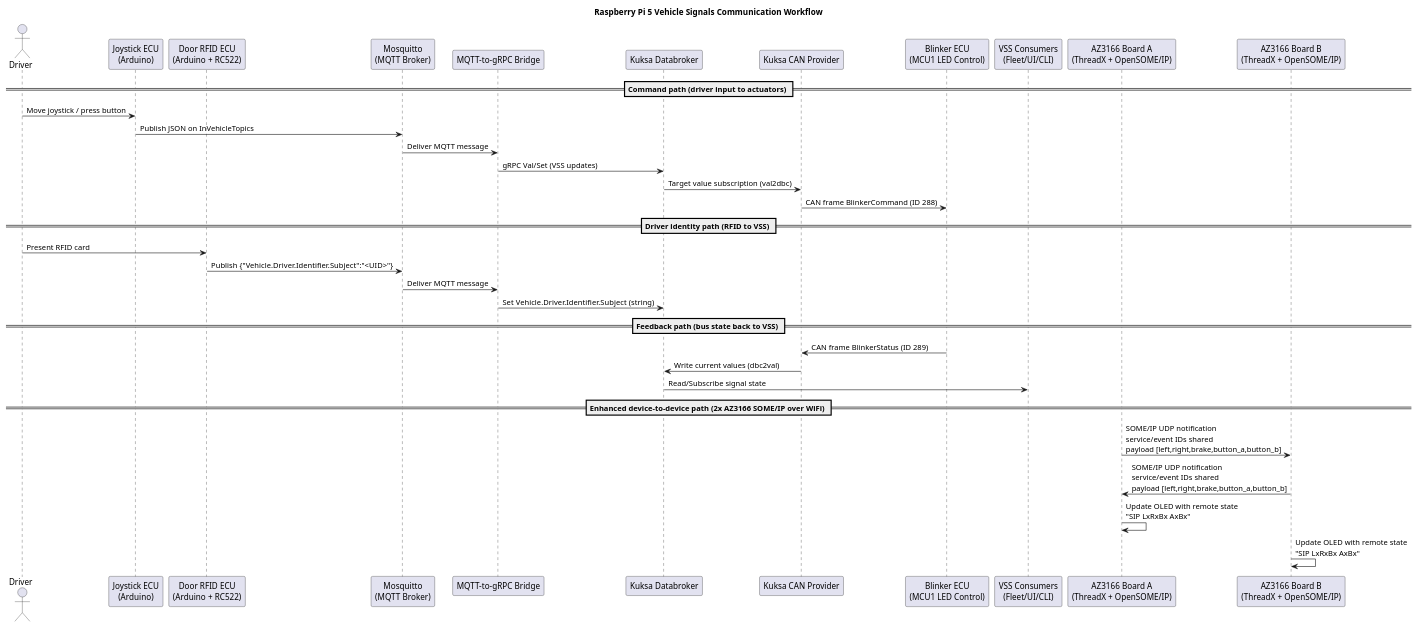
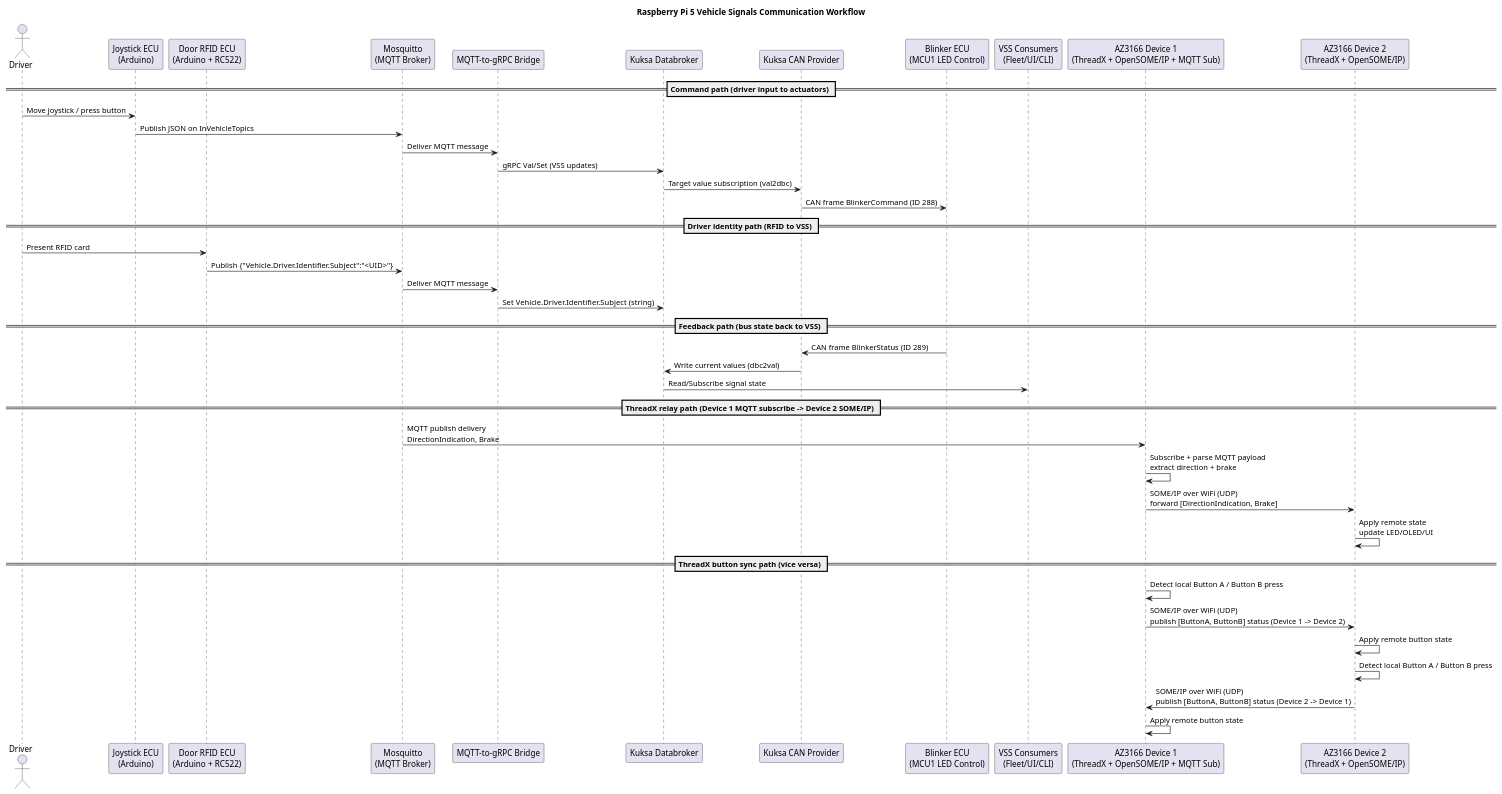
One commit to chheis/eclipse-sdv-e2e-demo-blueprint changed the diagram in devices/raspberry-pi5/communication-workflow.puml. Above: the diagram before and after it, drawn with PlantUML. The commit also changed 3 other files, not shown here.

Commit message:
updating location of the website elements and update the com and full architecture pumls

```diff
--- a/devices/raspberry-pi5/communication-workflow.puml
+++ b/devices/raspberry-pi5/communication-workflow.puml
@@ -1,41 +1,49 @@
 @startuml
 title Raspberry Pi 5 Vehicle Signals Communication Workflow
 
 actor "Driver" as Driver
 participant "Joystick ECU\n(Arduino)" as JoystickECU
 participant "Door RFID ECU\n(Arduino + RC522)" as RfidECU
 participant "Mosquitto\n(MQTT Broker)" as Broker
 participant "MQTT-to-gRPC Bridge" as Bridge
 participant "Kuksa Databroker" as Kuksa
 participant "Kuksa CAN Provider" as CAN
 participant "Blinker ECU\n(MCU1 LED Control)" as MCU
 participant "VSS Consumers\n(Fleet/UI/CLI)" as Consumers
-participant "AZ3166 Board A\n(ThreadX + OpenSOME/IP)" as AZA
-participant "AZ3166 Board B\n(ThreadX + OpenSOME/IP)" as AZB
+participant "AZ3166 Device 1\n(ThreadX + OpenSOME/IP + MQTT Sub)" as AZA
+participant "AZ3166 Device 2\n(ThreadX + OpenSOME/IP)" as AZB
 
 == Command path (driver input to actuators) ==
 Driver -> JoystickECU: Move joystick / press button
 JoystickECU -> Broker: Publish JSON on InVehicleTopics
 Broker -> Bridge: Deliver MQTT message
 Bridge -> Kuksa: gRPC Val/Set (VSS updates)
 Kuksa -> CAN: Target value subscription (val2dbc)
 CAN -> MCU: CAN frame BlinkerCommand (ID 288)
 
 == Driver identity path (RFID to VSS) ==
 Driver -> RfidECU: Present RFID card
 RfidECU -> Broker: Publish {"Vehicle.Driver.Identifier.Subject":"<UID>"}
 Broker -> Bridge: Deliver MQTT message
 Bridge -> Kuksa: Set Vehicle.Driver.Identifier.Subject (string)
 
 == Feedback path (bus state back to VSS) ==
 MCU -> CAN: CAN frame BlinkerStatus (ID 289)
 CAN -> Kuksa: Write current values (dbc2val)
 Kuksa -> Consumers: Read/Subscribe signal state
 
-== Enhanced device-to-device path (2x AZ3166 SOME/IP over WiFi) ==
-AZA -> AZB: SOME/IP UDP notification\nservice/event IDs shared\npayload [left,right,brake,button_a,button_b]
-AZB -> AZA: SOME/IP UDP notification\nservice/event IDs shared\npayload [left,right,brake,button_a,button_b]
-AZA -> AZA: Update OLED with remote state\n"SIP LxRxBx AxBx"
-AZB -> AZB: Update OLED with remote state\n"SIP LxRxBx AxBx"
+== ThreadX relay path (Device 1 MQTT subscribe -> Device 2 SOME/IP) ==
+Broker -> AZA: MQTT publish delivery\nDirectionIndication, Brake
+AZA -> AZA: Subscribe + parse MQTT payload\nextract direction + brake
+AZA -> AZB: SOME/IP over WiFi (UDP)\nforward [DirectionIndication, Brake]
+AZB -> AZB: Apply remote state\nupdate LED/OLED/UI
+
+== ThreadX button sync path (vice versa) ==
+AZA -> AZA: Detect local Button A / Button B press
+AZA -> AZB: SOME/IP over WiFi (UDP)\npublish [ButtonA, ButtonB] status (Device 1 -> Device 2)
+AZB -> AZB: Apply remote button state
+AZB -> AZB: Detect local Button A / Button B press
+AZB -> AZA: SOME/IP over WiFi (UDP)\npublish [ButtonA, ButtonB] status (Device 2 -> Device 1)
+AZA -> AZA: Apply remote button state
 
 @enduml
```
